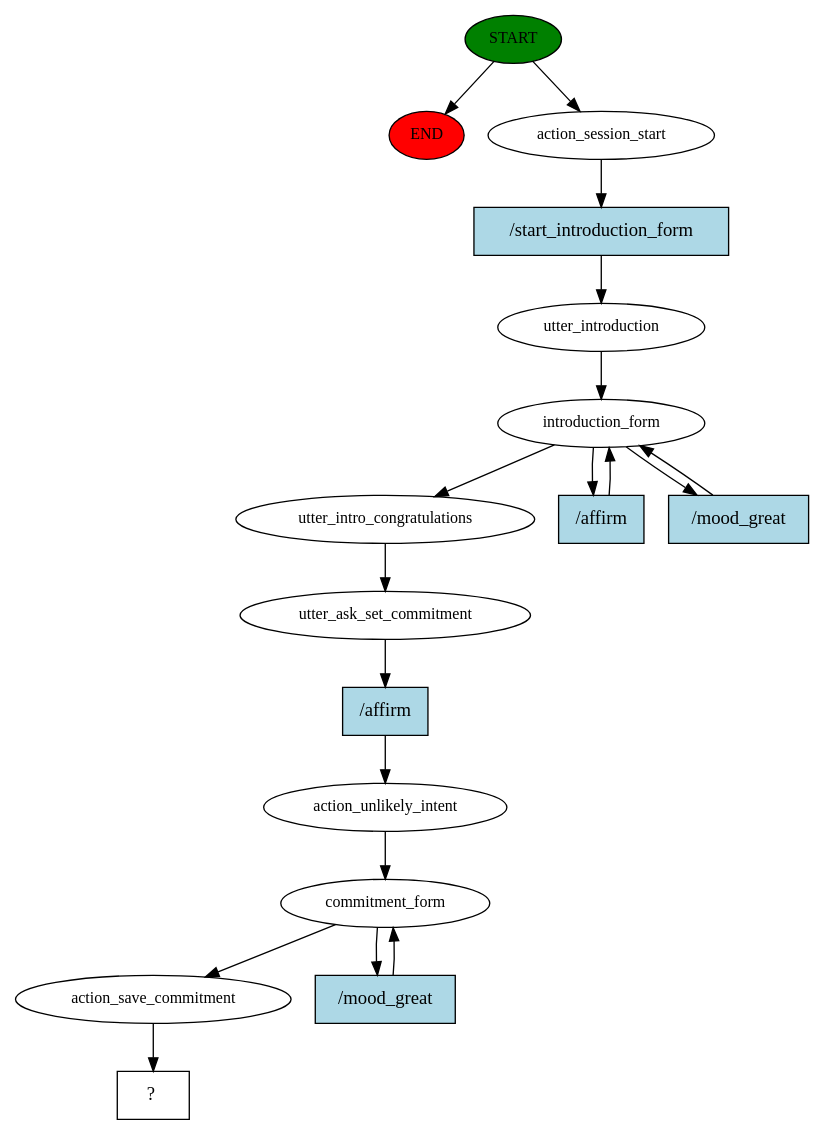
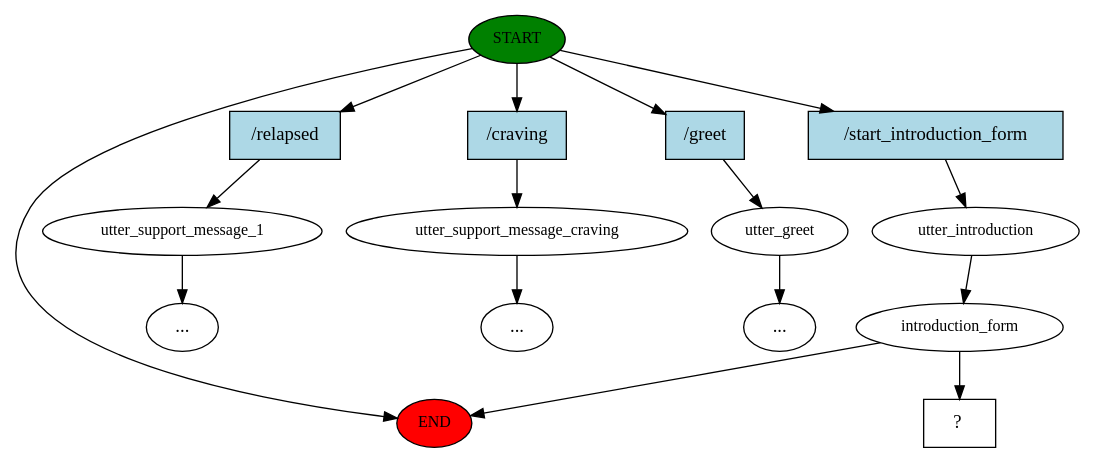
One commit to JahrayFacey/Smoking_chatbotV2 changed the diagram in story_graph.dot. Above: the diagram before and after it, drawn with Graphviz. The commit also changed 1 other file, not shown here.

```diff
--- a/story_graph.dot
+++ b/story_graph.dot
@@ -1,36 +1,32 @@
 digraph  {
 0 [class="start active", fillcolor=green, fontsize=12, label=START, style=filled];
 "-1" [class=end, fillcolor=red, fontsize=12, label=END, style=filled];
-1 [class=active, fontsize=12, label=action_session_start];
-2 [class=active, fontsize=12, label=utter_introduction];
-3 [class=active, fontsize=12, label=introduction_form];
-8 [class=active, fontsize=12, label=utter_intro_congratulations];
-9 [class=active, fontsize=12, label=utter_ask_set_commitment];
-10 [class=active, fontsize=12, label=action_unlikely_intent];
-11 [class=active, fontsize=12, label=commitment_form];
-13 [class=active, fontsize=12, label=action_save_commitment];
-14 [class="intent dashed active", label="  ?  ", shape=rect];
-15 [class="intent active", fillcolor=lightblue, label="/start_introduction_form", shape=rect, style=filled];
-16 [class="intent active", fillcolor=lightblue, label="/affirm", shape=rect, style=filled];
-17 [class="intent active", fillcolor=lightblue, label="/mood_great", shape=rect, style=filled];
-18 [class="intent active", fillcolor=lightblue, label="/affirm", shape=rect, style=filled];
-19 [class="intent active", fillcolor=lightblue, label="/mood_great", shape=rect, style=filled];
+1 [class="", fontsize=12, label=utter_support_message_1];
+"-3" [class=ellipsis, label="..."];
+2 [class="", fontsize=12, label=utter_support_message_craving];
+"-4" [class=ellipsis, label="..."];
+3 [class="", fontsize=12, label=utter_greet];
+"-7" [class=ellipsis, label="..."];
+6 [class=active, fontsize=12, label=utter_introduction];
+7 [class=active, fontsize=12, label=introduction_form];
+10 [class="intent dashed active", label="  ?  ", shape=rect];
+11 [class=intent, fillcolor=lightblue, label="/relapsed", shape=rect, style=filled];
+12 [class=intent, fillcolor=lightblue, label="/craving", shape=rect, style=filled];
+13 [class=intent, fillcolor=lightblue, label="/greet", shape=rect, style=filled];
+14 [class="intent active", fillcolor=lightblue, label="/start_introduction_form", shape=rect, style=filled];
 0 -> "-1"  [class="", key=NONE, label=""];
-0 -> 1  [class=active, key=NONE, label=""];
-1 -> 15  [class=active, key=0];
-2 -> 3  [class=active, key=NONE, label=""];
-3 -> 8  [class=active, key=NONE, label=""];
-3 -> 16  [class=active, key=0];
-3 -> 17  [class=active, key=0];
-8 -> 9  [class=active, key=NONE, label=""];
-9 -> 18  [class=active, key=0];
-10 -> 11  [class=active, key=NONE, label=""];
-11 -> 13  [class=active, key=NONE, label=""];
-11 -> 19  [class=active, key=0];
-13 -> 14  [class=active, key=NONE, label=""];
-15 -> 2  [class=active, key=0];
-16 -> 3  [class=active, key=0];
-17 -> 3  [class=active, key=0];
-18 -> 10  [class=active, key=0];
-19 -> 11  [class=active, key=0];
+0 -> 11  [class="", key=0];
+0 -> 12  [class="", key=0];
+0 -> 13  [class="", key=0];
+0 -> 14  [class=active, key=0];
+1 -> "-3"  [class="", key=NONE, label=""];
+2 -> "-4"  [class="", key=NONE, label=""];
+3 -> "-7"  [class="", key=NONE, label=""];
+6 -> 7  [class=active, key=NONE, label=""];
+7 -> "-1"  [class="", key=NONE, label=""];
+7 -> 10  [class=active, key=NONE, label=""];
+11 -> 1  [class="", key=0];
+12 -> 2  [class="", key=0];
+13 -> 3  [class="", key=0];
+14 -> 6  [class=active, key=0];
 }
```
